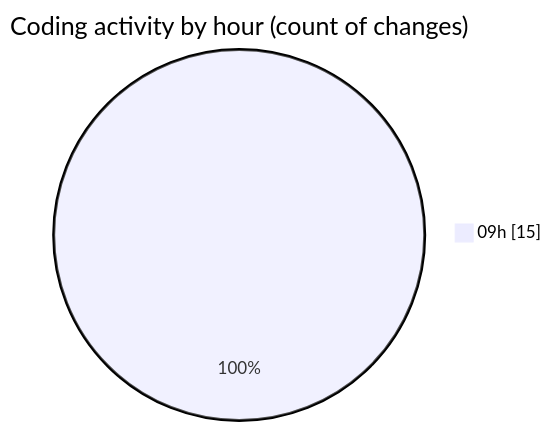
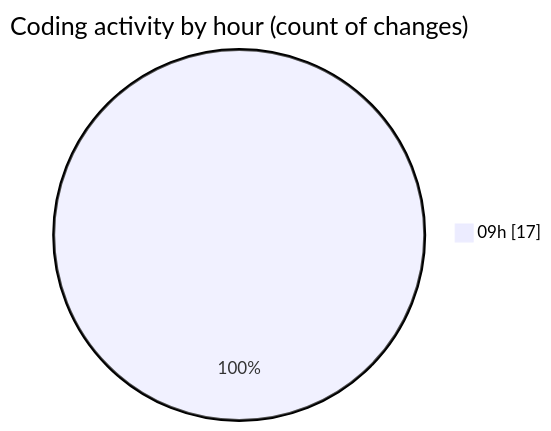
The second of 2 diagrams in 2025-12-04/cda/README.md (momahboobian/code-tracking), drawn with Mermaid before and after one commit. The commit also changed other lines of this file and 1 other file, not shown here.

````diff
--- a/2025-12-04/cda/README.md
+++ b/2025-12-04/cda/README.md
@@ -30,5 +30,5 @@
 ```mermaid
 pie showData
 title Coding activity by hour (count of changes)
-"09h" : 15
+"09h" : 17
 ```
````
